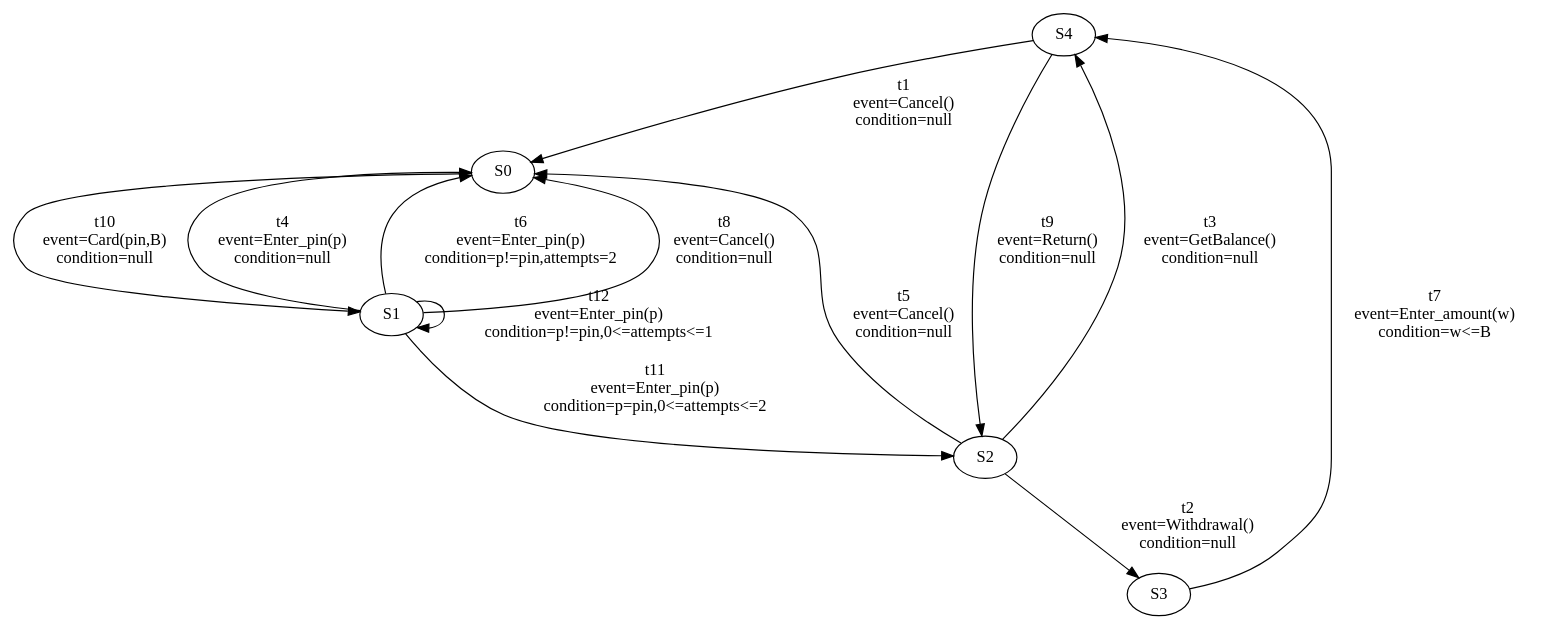
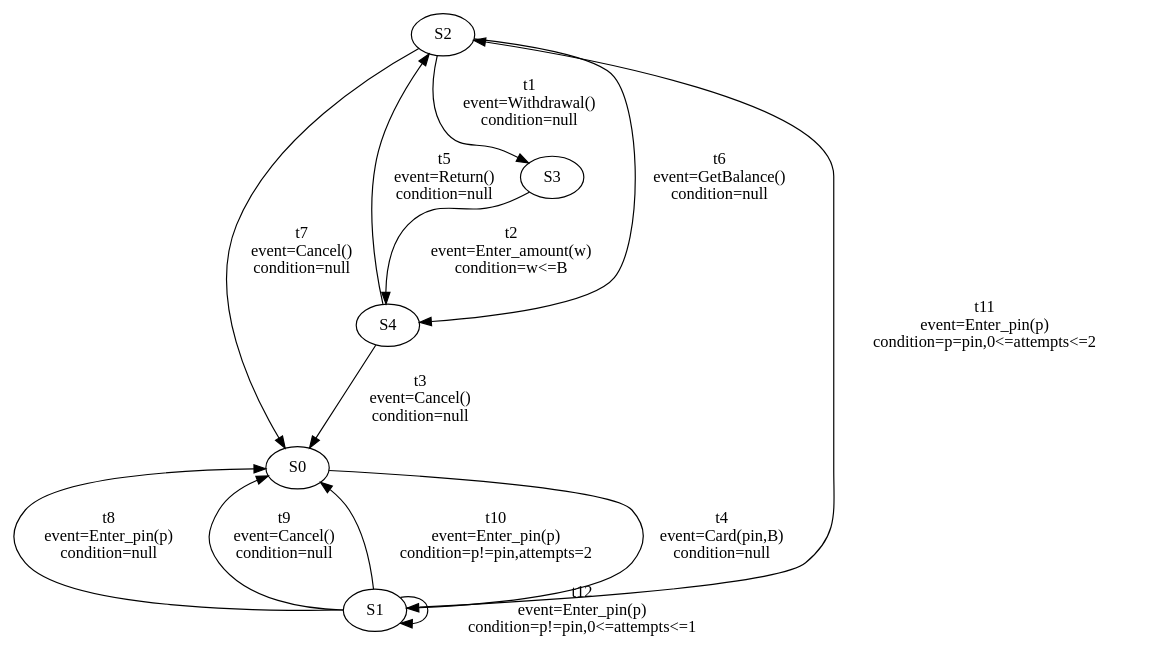
One commit to Catxiaobai/project changed the diagram in file/result1.dot. Above: the diagram before and after it, drawn with Graphviz. The commit also changed 13 other files, not shown here.

```diff
--- a/file/result1.dot
+++ b/file/result1.dot
@@ -1,38 +1,38 @@
 digraph g {
- S4 -> S0 [ label="t1
+ S2 -> S3 [ label="t1
+event=Withdrawal()
+condition=null" ];
+ S3 -> S4 [ label="t2
+event=Enter_amount(w)
+condition=w<=B" ];
+ S4 -> S0 [ label="t3
 event=Cancel()
 condition=null" ];
- S2 -> S3 [ label="t2
-event=Withdrawal()
+ S0 -> S1 [ label="t4
+event=Card(pin,B)
 condition=null" ];
- S2 -> S4 [ label="t3
+ S4 -> S2 [ label="t5
+event=Return()
+condition=null" ];
+ S2 -> S4 [ label="t6
 event=GetBalance()
 condition=null" ];
- S1 -> S0 [ label="t4
+ S2 -> S0 [ label="t7
+event=Cancel()
+condition=null" ];
+ S1 -> S0 [ label="t8
 event=Enter_pin(p)
 condition=null" ];
- S2 -> S0 [ label="t5
+ S1 -> S0 [ label="t9
 event=Cancel()
 condition=null" ];
- S1 -> S0 [ label="t6
+ S1 -> S0 [ label="t10
 event=Enter_pin(p)
 condition=p!=pin,attempts=2" ];
- S3 -> S4 [ label="t7
-event=Enter_amount(w)
-condition=w<=B" ];
- S1 -> S0 [ label="t8
-event=Cancel()
-condition=null" ];
- S4 -> S2 [ label="t9
-event=Return()
-condition=null" ];
- S0 -> S1 [ label="t10
-event=Card(pin,B)
-condition=null" ];
  S1 -> S2 [ label="t11
 event=Enter_pin(p)
 condition=p=pin,0<=attempts<=2" ];
  S1 -> S1 [ label="t12
 event=Enter_pin(p)
 condition=p!=pin,0<=attempts<=1" ];
 }
```
